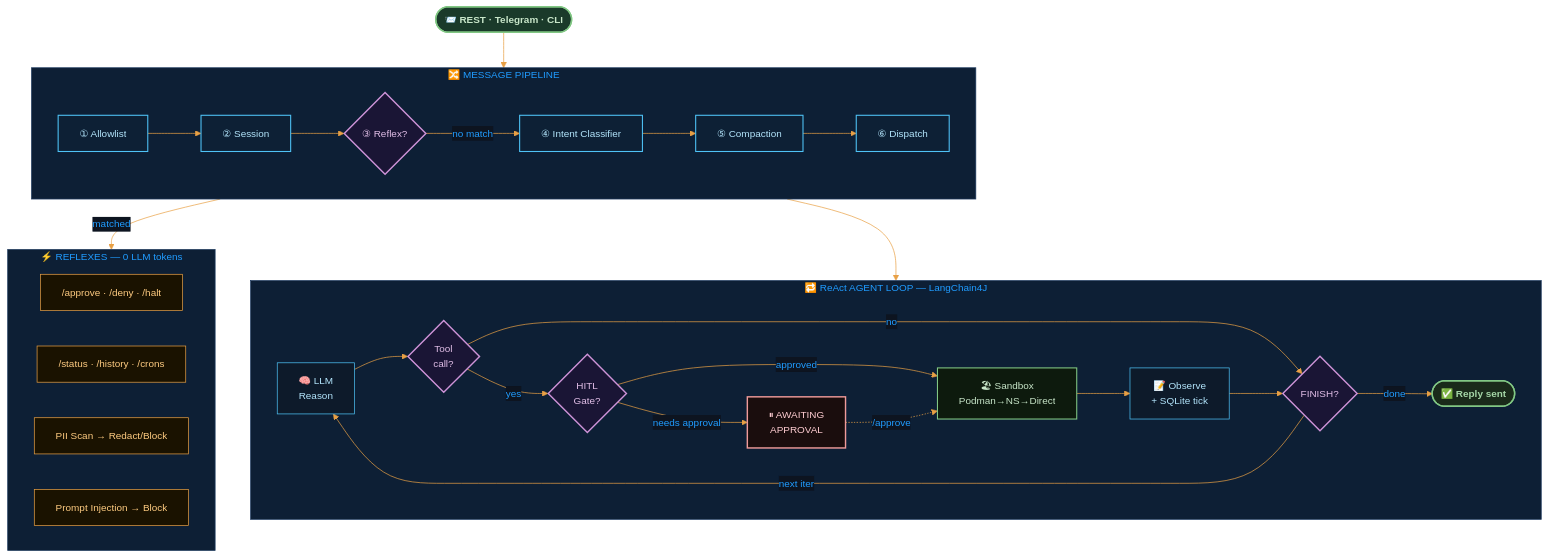
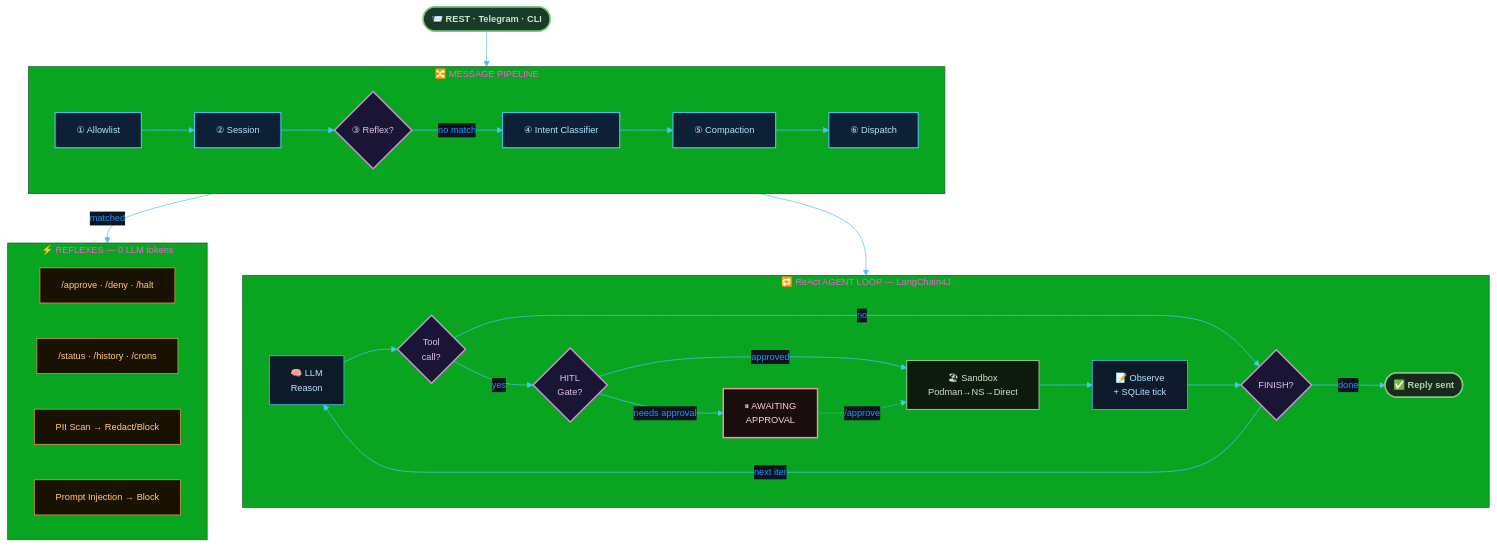
The first of 8 diagrams in README.md (rsrini7/AmshaAgent), drawn with Mermaid before and after one commit. The commit also changed other lines of this file, not shown here.

Commit message:
docs: update Mermaid theme colors for better readability

````diff
--- a/README.md
+++ b/README.md
@@ -68,60 +68,60 @@
 ```mermaid
-%%{init: {'theme': 'base', 'themeVariables': {'background': '#0d1420', 'mainBkg': '#0d1420', 'primaryColor': '#1e3a5f', 'primaryTextColor': '#209cff', 'primaryBorderColor': '#4fc3f7', 'lineColor': '#e8a045', 'secondaryColor': '#0d1f35', 'tertiaryColor': '#0d1f35', 'clusterBkg': '#0d1f35', 'clusterBorder': '#1e3a5f', 'titleColor': '#209cff', 'edgeLabelBackground': '#0d1420', 'fontSize': '14px'}}}%%
+%%{init: {'theme': 'base', 'themeVariables': {'background': '#09a420', 'mainBkg': '#09a420', 'primaryColor': '#1e3a5f', 'primaryTextColor': '#2092ff', 'primaryBorderColor': '#4fc3f7', 'lineColor': '#4fc3f7', 'secondaryColor': '#122030', 'tertiaryColor': '#09a420', 'activationBorderColor': '#4fc3f7', 'activationBkgColor': '#1e3a5f', 'actorBkg': '#1e3a5f', 'actorBorder': '#4fc3f7', 'actorTextColor': '#e0ecff', 'actorLineColor': '#4fc3f7', 'signalColor': '#e8a045', 'signalTextColor': '#e8a045', 'labelBoxBkgColor': '#09a420', 'labelBoxBorderColor': '#0b0c0cff', 'labelTextColor': '#e0ecff', 'loopTextColor': '#e0ecff', 'noteBkgColor': '#1a2a0d', 'noteBorderColor': '#81c784', 'noteTextColor': '#c8e6c9', 'edgeLabelBackground': '#0d1420', 'fontSize': '13px'}}}%%
 flowchart TD
     classDef entry fill:#1a3a2a,stroke:#81c784,stroke-width:2px,color:#c8e6c9,font-weight:bold
     classDef handler fill:#0d2035,stroke:#4fc3f7,stroke-width:1.5px,color:#b3e5fc
     classDef reflexOut fill:#1a1200,stroke:#e8a045,stroke-width:1px,color:#ffcc80
     classDef decision fill:#1a1535,stroke:#ce93d8,stroke-width:2px,color:#e1bee7
     classDef loop fill:#0d1a2a,stroke:#4fc3f7,stroke-width:1px,color:#b3e5fc
     classDef approval fill:#1a0d0d,stroke:#ef9a9a,stroke-width:2px,color:#ffcdd2
     classDef sandbox fill:#0d1a0d,stroke:#81c784,stroke-width:1.5px,color:#c8e6c9
     classDef result fill:#1a2a1a,stroke:#81c784,stroke-width:2px,color:#a5d6a7,font-weight:bold
 
     IN(["📨 REST · Telegram · CLI"]):::entry
 
     subgraph PIPELINE["🔀 MESSAGE PIPELINE"]
         direction LR
         P1["① Allowlist"]:::handler
         P2["② Session"]:::handler
         P3{"③ Reflex?"}:::decision
         P4["④ Intent Classifier"]:::handler
         P5["⑤ Compaction"]:::handler
         P6["⑥ Dispatch"]:::handler
     end
 
     subgraph REFLEXES["⚡ REFLEXES — 0 LLM tokens"]
         direction LR
         R1["/approve · /deny · /halt"]:::reflexOut
         R2["/status · /history · /crons"]:::reflexOut
         R3["PII Scan → Redact/Block"]:::reflexOut
         R4["Prompt Injection → Block"]:::reflexOut
     end
 
     subgraph REACT["🔁 ReAct AGENT LOOP — LangChain4J"]
         direction LR
         L1["🧠 LLM<br/>Reason"]:::loop
         L2{"Tool<br/>call?"}:::decision
         L3{"HITL<br/>Gate?"}:::decision
         L4["⏸ AWAITING<br/>APPROVAL"]:::approval
         L5["🏖 Sandbox<br/>Podman→NS→Direct"]:::sandbox
         L6["📝 Observe<br/>+ SQLite tick"]:::loop
         L7{"FINISH?"}:::decision
         L8(["✅ Reply sent"]):::result
     end
 
     IN --> PIPELINE
     P1 --> P2 --> P3
     P3 -->|"matched"| REFLEXES
     P3 -->|"no match"| P4 --> P5 --> P6
 
     P6 --> REACT
     L1 --> L2
     L2 -->|"no"| L7
     L2 -->|"yes"| L3
     L3 -->|"approved"| L5
     L3 -->|"needs approval"| L4
     L4 -.->|"/approve"| L5
     L5 --> L6 --> L7
     L7 -->|"next iter"| L1
     L7 -->|"done"| L8
 ```
````
